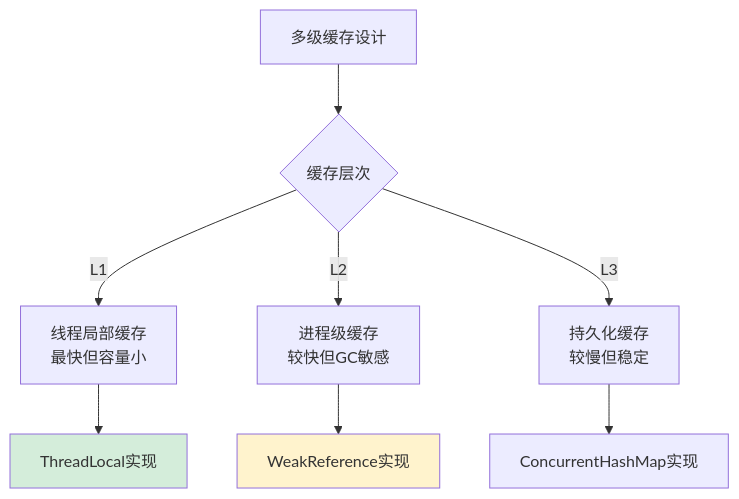
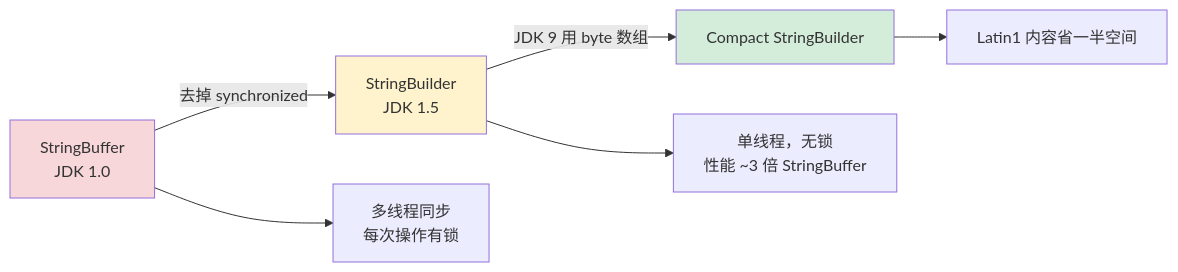
Before and after one commit to chongyang211/YCBookBlog: diagram 19 of 32 in 00.通用技术的提升/02.程序编程原理/01.字符串设计的灵魂.md, drawn with Mermaid. The commit also changed other lines of this file and 6 other files, not shown here.

````diff
--- a/00.通用技术的提升/02.程序编程原理/01.字符串设计的灵魂.md
+++ b/00.通用技术的提升/02.程序编程原理/01.字符串设计的灵魂.md
@@ -850,14 +1193,12 @@
 ```mermaid
-graph TB
-    A[多级缓存设计] --> B{缓存层次}
-    B -->|L1| C[线程局部缓存<br/>最快但容量小]
-    B -->|L2| D[进程级缓存<br/>较快但GC敏感]
-    B -->|L3| E[持久化缓存<br/>较慢但稳定]
-    
-    C --> F[ThreadLocal实现]
-    D --> G[WeakReference实现]
-    E --> H[ConcurrentHashMap实现]
-    
-    style F fill:#d4edda
-    style G fill:#fff3cd
+graph LR
+    A[StringBuffer<br/>JDK 1.0] -->|去掉 synchronized| B[StringBuilder<br/>JDK 1.5]
+    B -->|JDK 9 用 byte 数组| C[Compact StringBuilder]
+    A --> D[多线程同步<br/>每次操作有锁]
+    B --> E[单线程，无锁<br/>性能 ~3 倍 StringBuffer]
+    C --> F[Latin1 内容省一半空间]
+
+    style A fill:#f8d7da
+    style B fill:#fff3cd
+    style C fill:#d4edda
 ```
````
